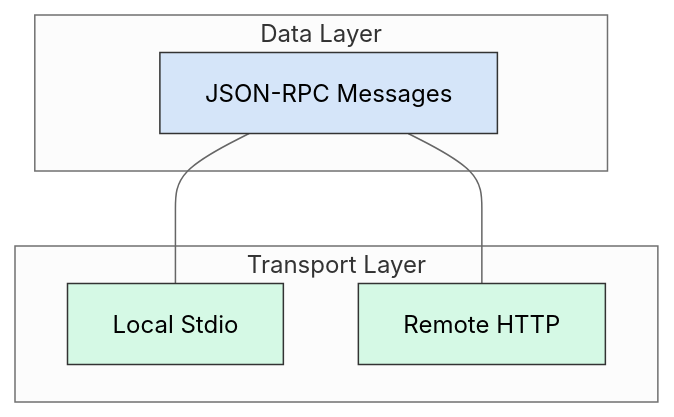
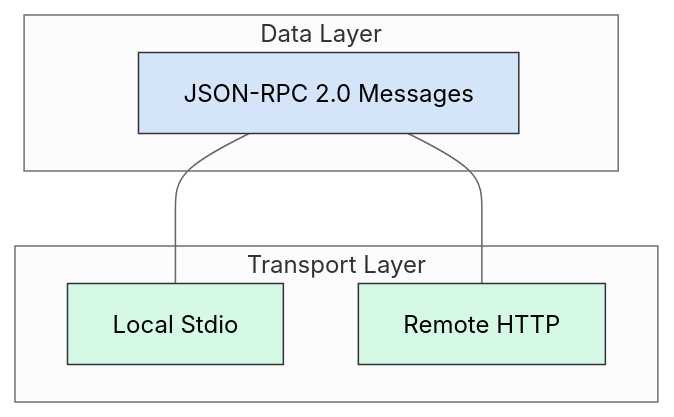
The seventh of 13 diagrams in concept-deep-dive/README.md (balupeddireddy08/Model_Context_Protocol_for_AI), drawn with Mermaid (neutral theme) before and after one commit. The commit also changed other lines of this file and 2 other files, not shown here.

Commit message:
Add comprehensive JSON-RPC 2.0 documentation with diagrams and examples

````diff
--- a/concept-deep-dive/README.md
+++ b/concept-deep-dive/README.md
@@ -188,18 +198,18 @@
 ```mermaid
 graph TD
     subgraph "Data Layer"
-    A[JSON-RPC Messages]
+    A[JSON-RPC 2.0 Messages]
     end
     
     subgraph "Transport Layer"
     B[Local Stdio]
     C[Remote HTTP]
     end
     
     A --- B
     A --- C
     
     style A fill:#d5e5f9,stroke:#333,stroke-width:1px
     style B fill:#d5f9e5,stroke:#333,stroke-width:1px
     style C fill:#d5f9e5,stroke:#333,stroke-width:1px
 ```
````
